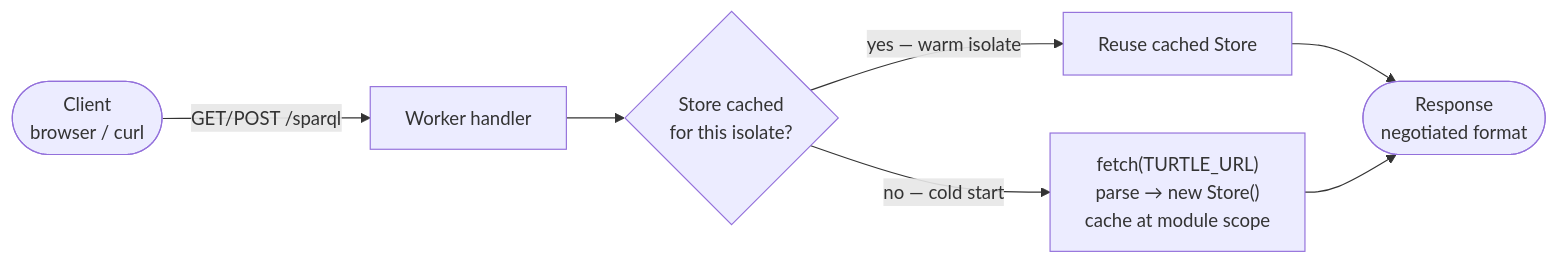
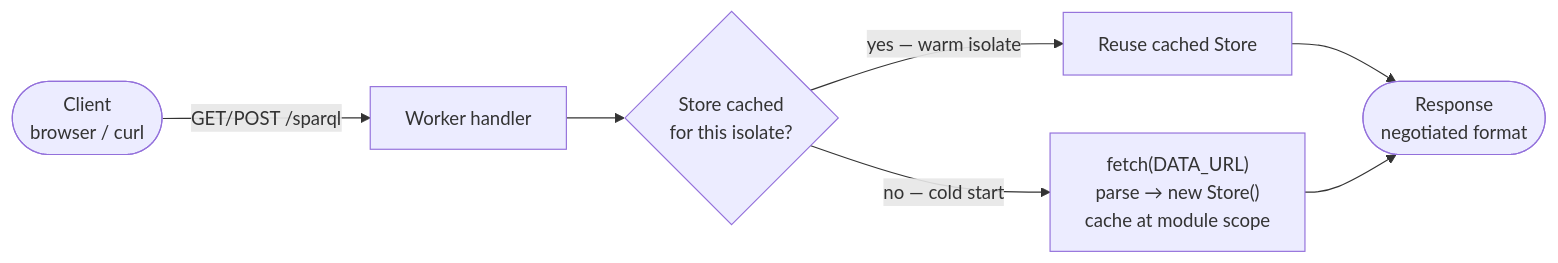
Before and after one commit to JervenBolleman/oxigraph-cloudflare-webworker: the diagram in TUTORIAL.md, drawn with Mermaid. The commit also changed other lines of this file and 12 other files, not shown here.

````diff
--- a/TUTORIAL.md
+++ b/TUTORIAL.md
@@ -30,9 +30,9 @@
 ```mermaid
 flowchart LR
     client([Client<br/>browser / curl]) -->|GET/POST /sparql| handler[Worker handler]
     handler --> decision{Store cached<br/>for this isolate?}
     decision -->|yes — warm isolate| cached[Reuse cached Store]
-    decision -->|no — cold start| cold["fetch(TURTLE_URL)<br/>parse → new Store()<br/>cache at module scope"]
+    decision -->|no — cold start| cold["fetch(DATA_URL)<br/>parse → new Store()<br/>cache at module scope"]
     cached --> response([Response<br/>negotiated format])
     cold --> response
 ```
````
